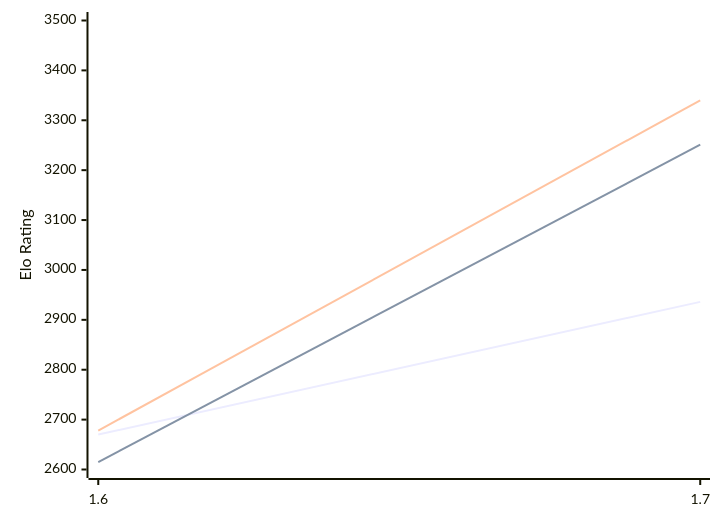
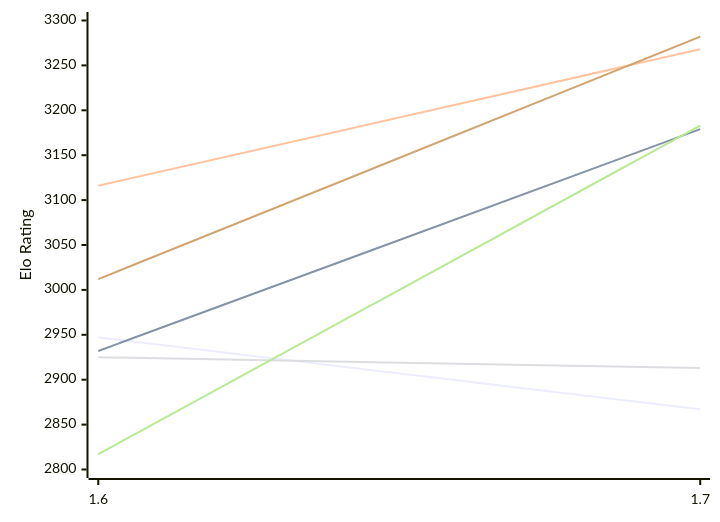
The first of 2 diagrams in engines/Bitbit.md (computer-chess-index/cci), drawn with Mermaid before and after one commit. The commit also changed other lines of this file, not shown here.

Commit message:
Update CCI Ratings (ELO VLTC) - 2026-11-13

````diff
--- a/engines/Bitbit.md
+++ b/engines/Bitbit.md
@@ -50,12 +50,12 @@
 ```mermaid
 %%{init: {"theme":"base","themeVariables":{"seriesColors:['#a3a3a3','#222221','#faa371']}}}%%
 xychart-beta
   x-axis ["1.6", "1.7"]
-  y-axis "Elo Rating" 2600 --> 3500
-  line "E1: STC (8.0+0.08s)" [2670, 2936]
-  line "E1: LTC (60.0+0.60s)" [2615, 3251]
-  line "E1: VLTC (2m24s+1.12s)" [2678, 3340]
-  line "P1: STC (8.0+0.08s)" [3079]
-  line "P1: LTC (60.0+0.60s)" [3351]
-  line "P1: VLTC (2m24s+1.12s)" [3449]
+  y-axis "Elo Rating" 2800 --> 3300
+  line "E1: STC (8.0+0.08s)" [2947, 2867]
+  line "E1: LTC (60.0+0.60s)" [2932, 3179]
+  line "E1: VLTC (2m24s+1.12s)" [3116, 3268]
+  line "P1: STC (8.0+0.08s)" [2925, 2913]
+  line "P1: LTC (60.0+0.60s)" [2817, 3183]
+  line "P1: VLTC (2m24s+1.12s)" [3012, 3282]
 ```
````
